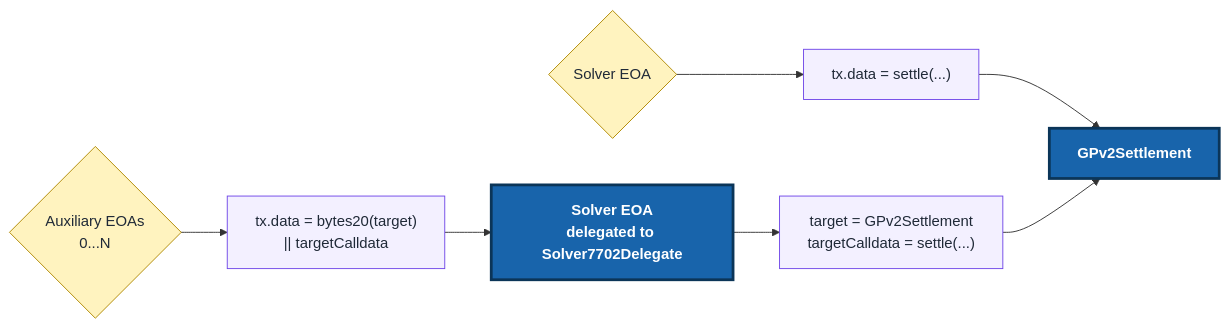
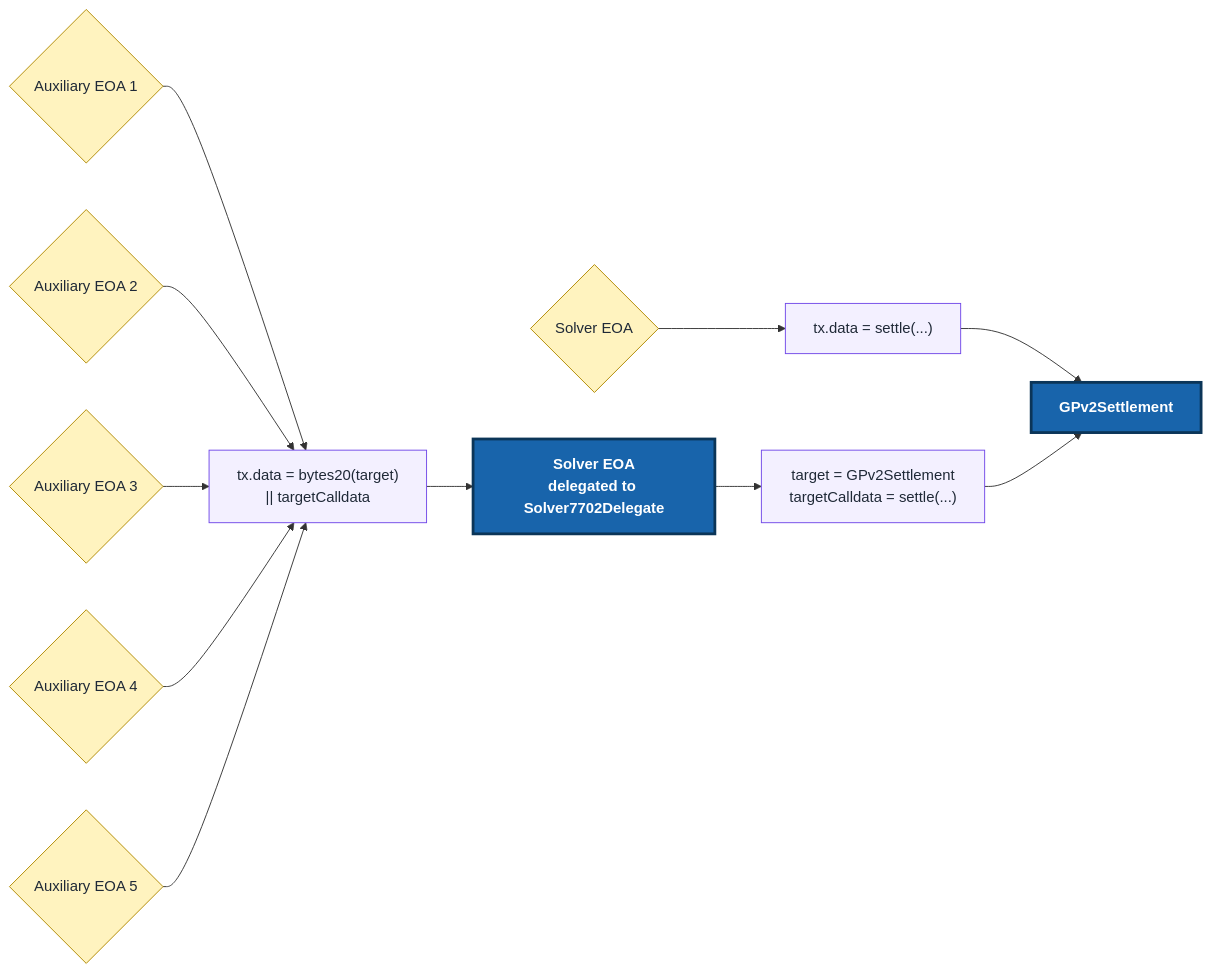
Before and after one commit to cowprotocol/docs: the diagram in docs/cow-protocol/tutorials/solvers/solver-7702-delegate.md, drawn with Mermaid. The commit also changed other lines of this file and 1 other file, not shown here.

````diff
--- a/docs/cow-protocol/tutorials/solvers/solver-7702-delegate.md
+++ b/docs/cow-protocol/tutorials/solvers/solver-7702-delegate.md
@@ -55,20 +57,29 @@
 ```mermaid
 flowchart LR
     SolverEOA{"Solver EOA"}
     DirectTx["tx.data = settle(...)"]
-    AuxEOAs{"Auxiliary EOAs<br/>0...N"}
+    Aux1{"Auxiliary EOA 1"}
+    Aux2{"Auxiliary EOA 2"}
+    Aux3{"Auxiliary EOA 3"}
+    Aux4{"Auxiliary EOA 4"}
+    Aux5{"Auxiliary EOA 5"}
     DelegatedTx["tx.data = bytes20(target)<br/>|| targetCalldata"]
     DelegatedSolver["Solver EOA<br/>delegated to Solver7702Delegate"]
     TargetCall["target = GPv2Settlement<br/>targetCalldata = settle(...)"]
     Settlement["GPv2Settlement"]
 
     SolverEOA --> DirectTx --> Settlement
-    AuxEOAs --> DelegatedTx --> DelegatedSolver --> TargetCall --> Settlement
+    Aux1 --> DelegatedTx
+    Aux2 --> DelegatedTx
+    Aux3 --> DelegatedTx
+    Aux4 --> DelegatedTx
+    Aux5 --> DelegatedTx
+    DelegatedTx --> DelegatedSolver --> TargetCall --> Settlement
 
     classDef eoa fill:#fff3bf,stroke:#b08900,color:#1f2937
     classDef tx fill:#f3f0ff,stroke:#7048e8,color:#1f2937
     classDef contract fill:#1864ab,stroke:#0b3558,stroke-width:3px,color:#ffffff,font-weight:bold
-    class SolverEOA,AuxEOAs eoa
+    class SolverEOA,Aux1,Aux2,Aux3,Aux4,Aux5 eoa
     class DirectTx,DelegatedTx,TargetCall tx
     class DelegatedSolver,Settlement contract
 ```
````
